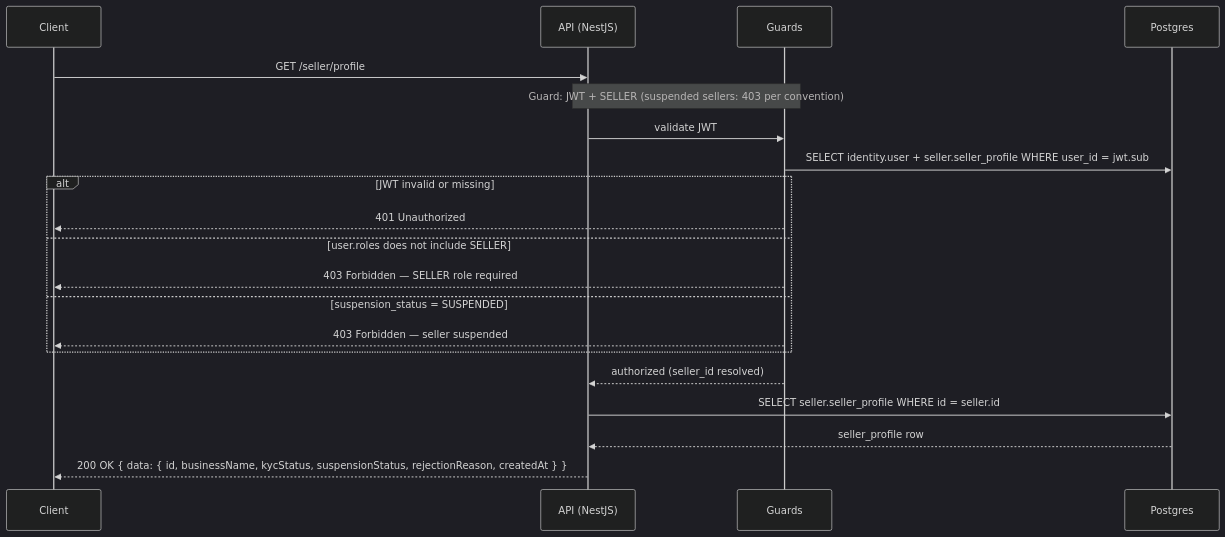
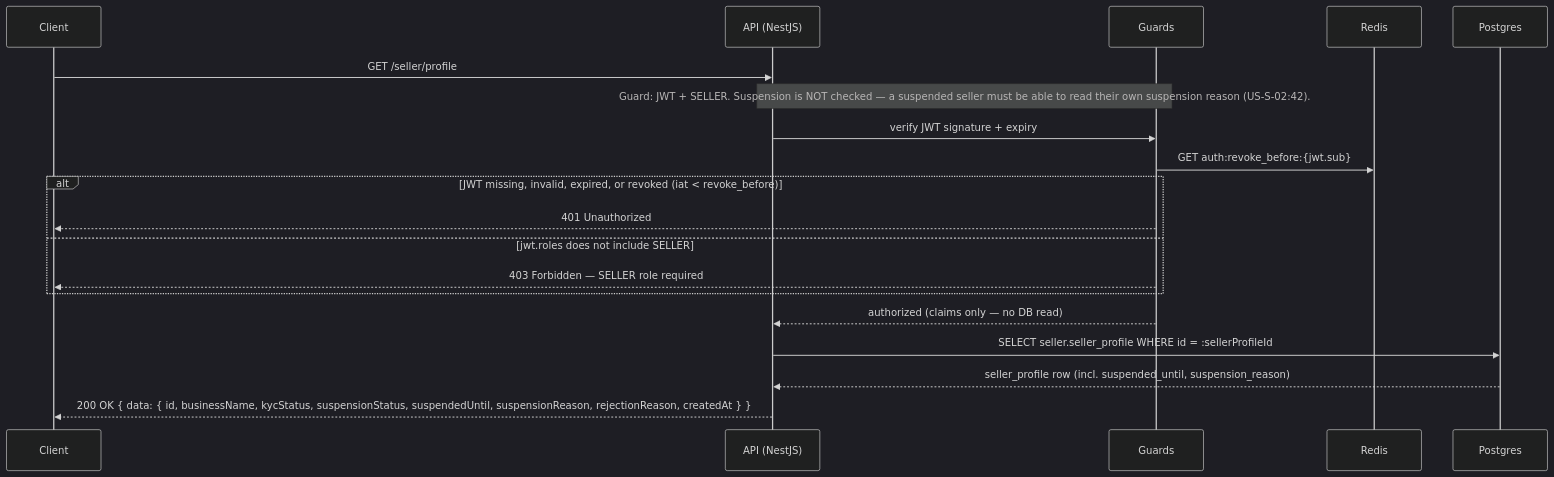
The third of 23 diagrams in phase-1/technical-design/api-design/seller.md (alisa-uthi/aliceut-ecom-document), drawn with Mermaid (dark theme) before and after one commit. The commit also changed other lines of this file and 73 other files, not shown here.

````diff
--- a/phase-1/technical-design/api-design/seller.md
+++ b/phase-1/technical-design/api-design/seller.md
@@ -190,25 +362,24 @@
 ```mermaid
 sequenceDiagram
     participant C as Client
     participant A as API (NestJS)
     participant G as Guards
+    participant R as Redis
     participant P as Postgres
 
     C->>A: GET /seller/profile
-    Note over A,G: Guard: JWT + SELLER (suspended sellers: 403 per convention)
-    A->>G: validate JWT
-    G->>P: SELECT identity.user + seller.seller_profile WHERE user_id = jwt.sub
-    alt JWT invalid or missing
+    Note over A,G: Guard: JWT + SELLER. Suspension is NOT checked — a suspended seller must be able to read their own suspension reason (US-S-02:42).
+    A->>G: verify JWT signature + expiry
+    G->>R: GET auth:revoke_before:{jwt.sub}
+    alt JWT missing, invalid, expired, or revoked (iat < revoke_before)
         G-->>C: 401 Unauthorized
-    else user.roles does not include SELLER
+    else jwt.roles does not include SELLER
         G-->>C: 403 Forbidden — SELLER role required
-    else suspension_status = SUSPENDED
-        G-->>C: 403 Forbidden — seller suspended
     end
-    G-->>A: authorized (seller_id resolved)
+    G-->>A: authorized (claims only — no DB read)
 
-    A->>P: SELECT seller.seller_profile WHERE id = seller.id
-    P-->>A: seller_profile row
+    A->>P: SELECT seller.seller_profile WHERE id = :sellerProfileId
+    P-->>A: seller_profile row (incl. suspended_until, suspension_reason)
 
-    A-->>C: 200 OK { data: { id, businessName, kycStatus, suspensionStatus, rejectionReason, createdAt } }
+    A-->>C: 200 OK { data: { id, businessName, kycStatus, suspensionStatus, suspendedUntil, suspensionReason, rejectionReason, createdAt } }
 ```
````
